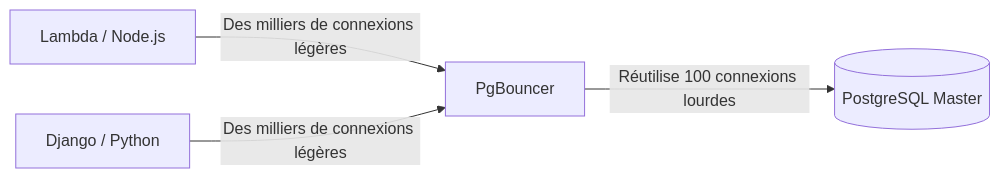
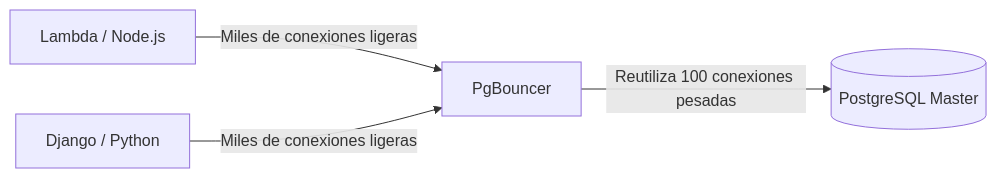
The first of 2 diagrams in public/docs/fr/postgres_maestro.md (gjpierp/nmergeia), drawn with Mermaid before and after one commit. The commit also changed other lines of this file and 518 other files, not shown here.

````diff
--- a/public/docs/fr/postgres_maestro.md
+++ b/public/docs/fr/postgres_maestro.md
@@ -13,7 +13,7 @@
 ```mermaid
 graph LR
-    API1[Lambda / Node.js] -->|Des milliers de connexions légères| PgBouncer[PgBouncer]
-    API2[Django / Python] -->|Des milliers de connexions légères| PgBouncer
+    API1[Lambda / Node.js] -->|Miles de conexiones ligeras| PgBouncer[PgBouncer]
+    API2[Django / Python] -->|Miles de conexiones ligeras| PgBouncer
     
-    PgBouncer -->|Réutilise 100 connexions lourdes| DB[(PostgreSQL Master)]
+    PgBouncer -->|Reutiliza 100 conexiones pesadas| DB[(PostgreSQL Master)]
 ```
````
